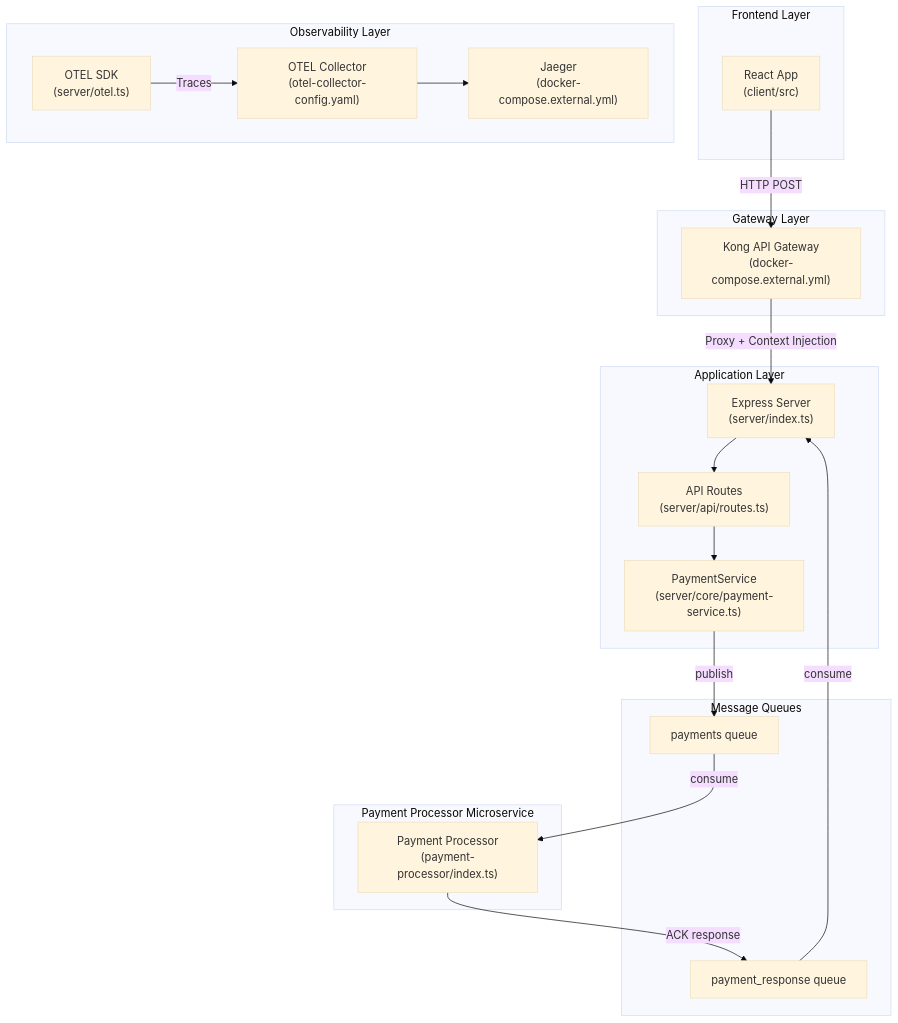
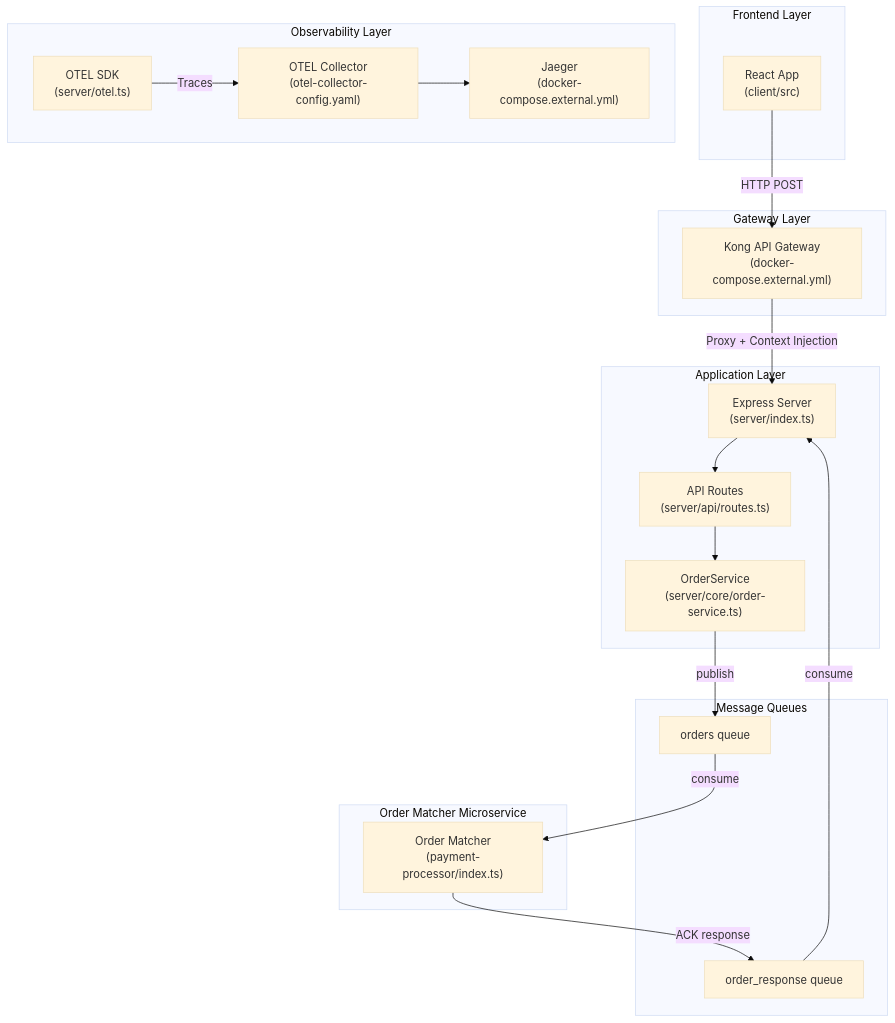
Before and after one commit to MoebiusX/OtelE2E: the diagram in docs/ARCHITECTURE.md, drawn with Mermaid (base theme). The commit also changed other lines of this file and 55 other files, not shown here.

````diff
--- a/docs/ARCHITECTURE.md
+++ b/docs/ARCHITECTURE.md
@@ -9,42 +9,42 @@
 ```mermaid
 graph TB
     subgraph "Frontend Layer"
         UI["React App<br/>(client/src)"]
     end
 
     subgraph "Gateway Layer"
         KONG["Kong API Gateway<br/>(docker-compose.external.yml)"]
     end
 
     subgraph "Application Layer"
         EXPRESS["Express Server<br/>(server/index.ts)"]
         ROUTES["API Routes<br/>(server/api/routes.ts)"]
-        PAYMENT["PaymentService<br/>(server/core/payment-service.ts)"]
+        ORDERS["OrderService<br/>(server/core/order-service.ts)"]
     end
 
-    subgraph "Payment Processor Microservice"
-        PROCESSOR["Payment Processor<br/>(payment-processor/index.ts)"]
+    subgraph "Order Matcher Microservice"
+        MATCHER["Order Matcher<br/>(payment-processor/index.ts)"]
     end
 
     subgraph "Message Queues"
-        PAYMENTS_Q["payments queue"]
-        RESPONSE_Q["payment_response queue"]
+        ORDERS_Q["orders queue"]
+        RESPONSE_Q["order_response queue"]
     end
 
     subgraph "Observability Layer"
         OTEL["OTEL SDK<br/>(server/otel.ts)"]
         COLLECTOR["OTEL Collector<br/>(otel-collector-config.yaml)"]
         JAEGER["Jaeger<br/>(docker-compose.external.yml)"]
     end
 
     UI -->|HTTP POST| KONG
     KONG -->|Proxy + Context Injection| EXPRESS
     EXPRESS --> ROUTES
-    ROUTES --> PAYMENT
-    PAYMENT -->|publish| PAYMENTS_Q
-    PAYMENTS_Q -->|consume| PROCESSOR
-    PROCESSOR -->|ACK response| RESPONSE_Q
+    ROUTES --> ORDERS
+    ORDERS -->|publish| ORDERS_Q
+    ORDERS_Q -->|consume| MATCHER
+    MATCHER -->|ACK response| RESPONSE_Q
     RESPONSE_Q -->|consume| EXPRESS
     OTEL -->|Traces| COLLECTOR
     COLLECTOR --> JAEGER
 ```
````
